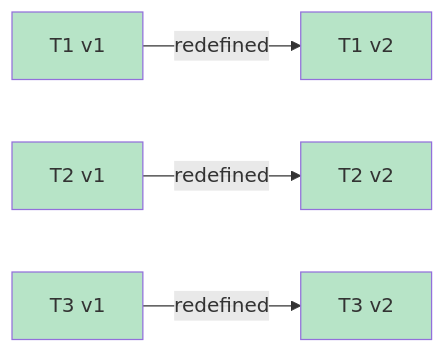
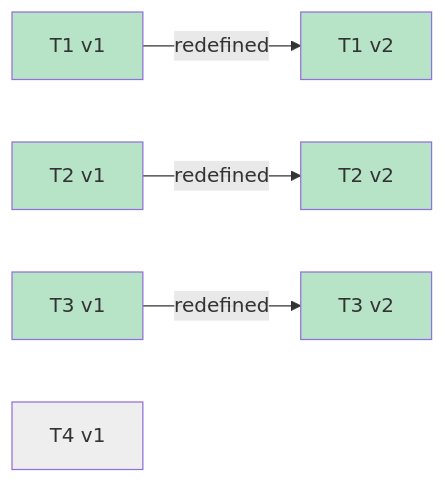
Before and after one commit to Curry09/AHE-Beta: diagram 15 of 15 in docs/specs/OVERVIEW.md, drawn with Mermaid. The commit also changed other lines of this file and 3 other files, not shown here.

````diff
--- a/docs/specs/OVERVIEW.md
+++ b/docs/specs/OVERVIEW.md
@@ -1118,19 +1129,22 @@
 ```mermaid
 graph LR
     v_T1_1["T1 v1"]
     v_T1_2["T1 v2"]
     v_T1_1 -->|redefined| v_T1_2
     v_T2_1["T2 v1"]
     v_T2_2["T2 v2"]
     v_T2_1 -->|redefined| v_T2_2
     v_T3_1["T3 v1"]
     v_T3_2["T3 v2"]
     v_T3_1 -->|redefined| v_T3_2
+    v_T4_1["T4 v1"]
     classDef st_done fill:#b7e4c7;
+    classDef st_pending fill:#eeeeee;
     class v_T1_1 st_done;
     class v_T1_2 st_done;
     class v_T2_1 st_done;
     class v_T2_2 st_done;
     class v_T3_1 st_done;
     class v_T3_2 st_done;
+    class v_T4_1 st_pending;
 ```
````
